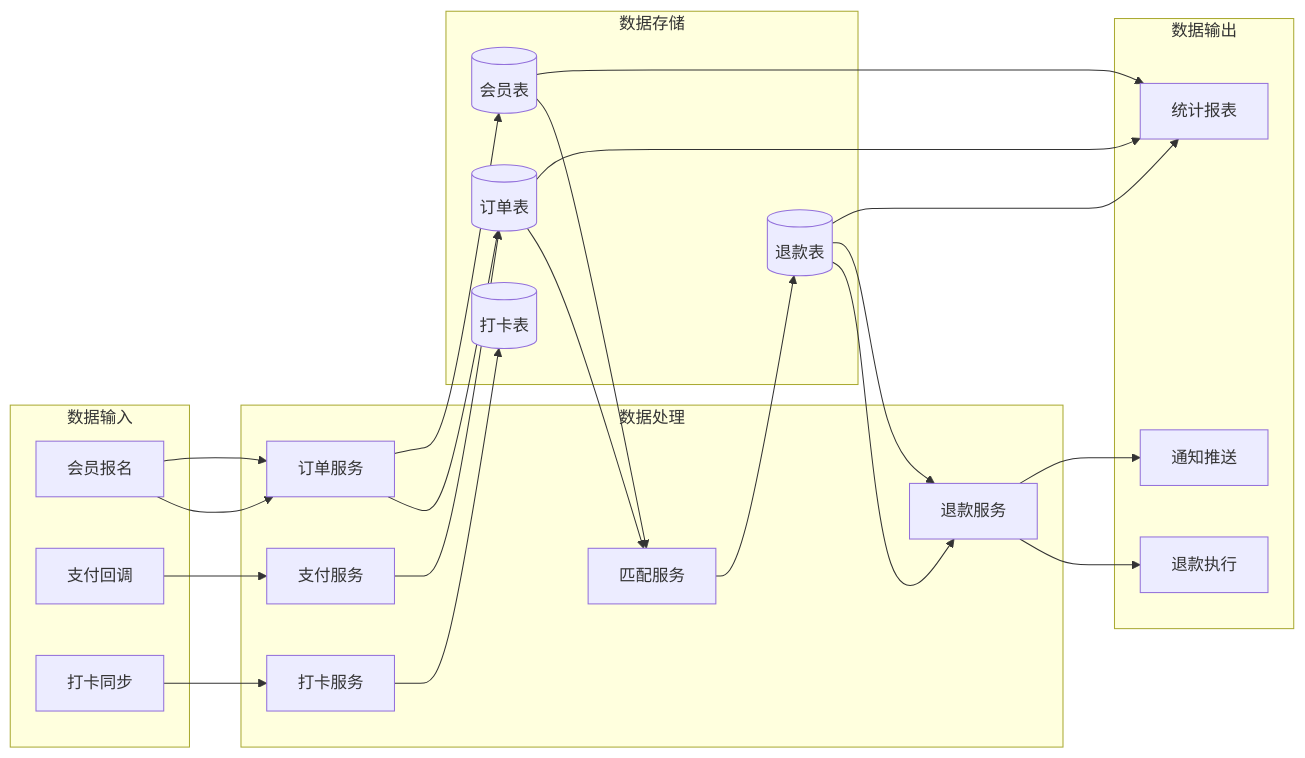
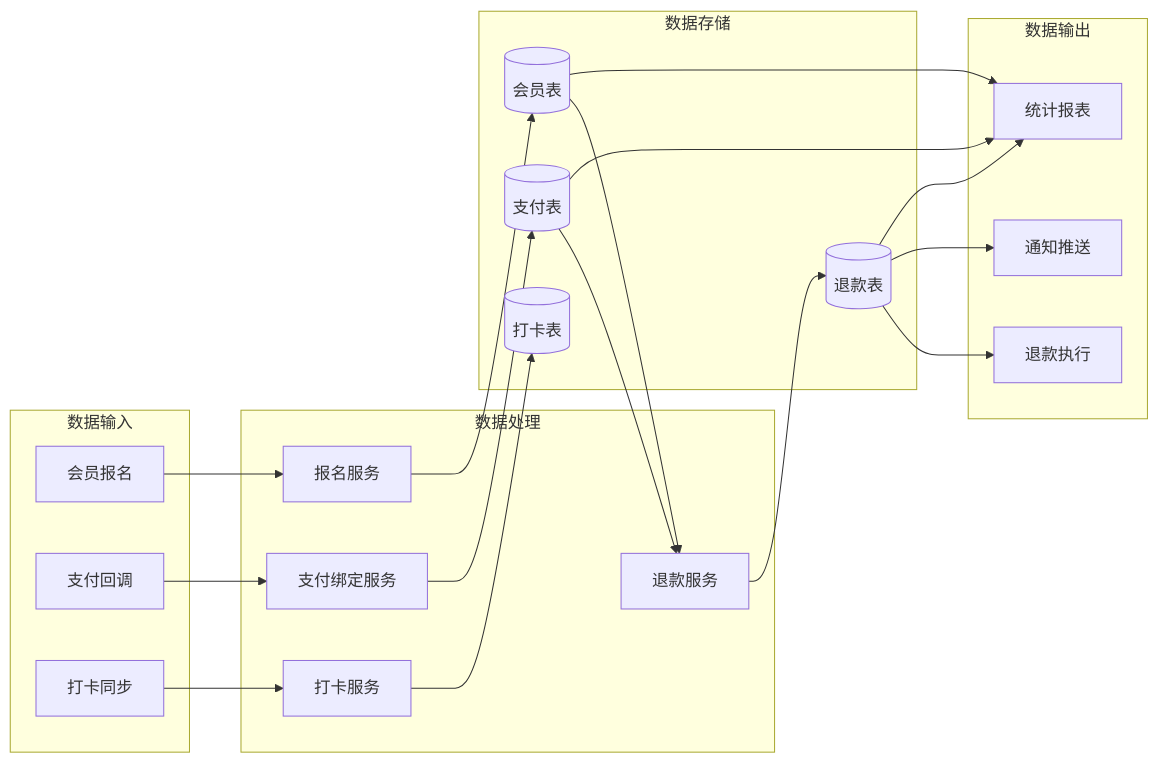
The eighth of 11 diagrams in docs/v1/diagrams/架构设计图.md (yiancode/AutoDepositRefundAgent), drawn with Mermaid before and after one commit. The commit also changed other lines of this file and 5 other files, not shown here.

First line of the commit message:
docs(design): 同步 diagrams 与技术方案，移除智能匹配逻辑

````diff
--- a/docs/v1/diagrams/架构设计图.md
+++ b/docs/v1/diagrams/架构设计图.md
@@ -536,44 +512,42 @@
 ```mermaid
 flowchart LR
     subgraph 数据输入
         A1[会员报名]
         A2[支付回调]
         A3[打卡同步]
     end
 
     subgraph 数据处理
-        B1[订单服务]
-        B2[支付服务]
+        B1[报名服务]
+        B2[支付绑定服务]
         B3[打卡服务]
-        B4[匹配服务]
-        B5[退款服务]
+        B4[退款服务]
     end
 
     subgraph 数据存储
-        C1[(订单表)]
+        C1[(支付表)]
         C2[(会员表)]
         C3[(打卡表)]
         C4[(退款表)]
     end
 
     subgraph 数据输出
         D1[退款执行]
         D2[通知推送]
         D3[统计报表]
     end
 
-    A1 --> B1 --> C1
     A1 --> B1 --> C2
     A2 --> B2 --> C1
     A3 --> B3 --> C3
 
     C2 --> B4
     C1 --> B4
     B4 --> C4
 
-    C4 --> B5 --> D1
-    C4 --> B5 --> D2
+    C4 --> D1
+    C4 --> D2
     C1 --> D3
     C2 --> D3
     C4 --> D3
 ```
````
